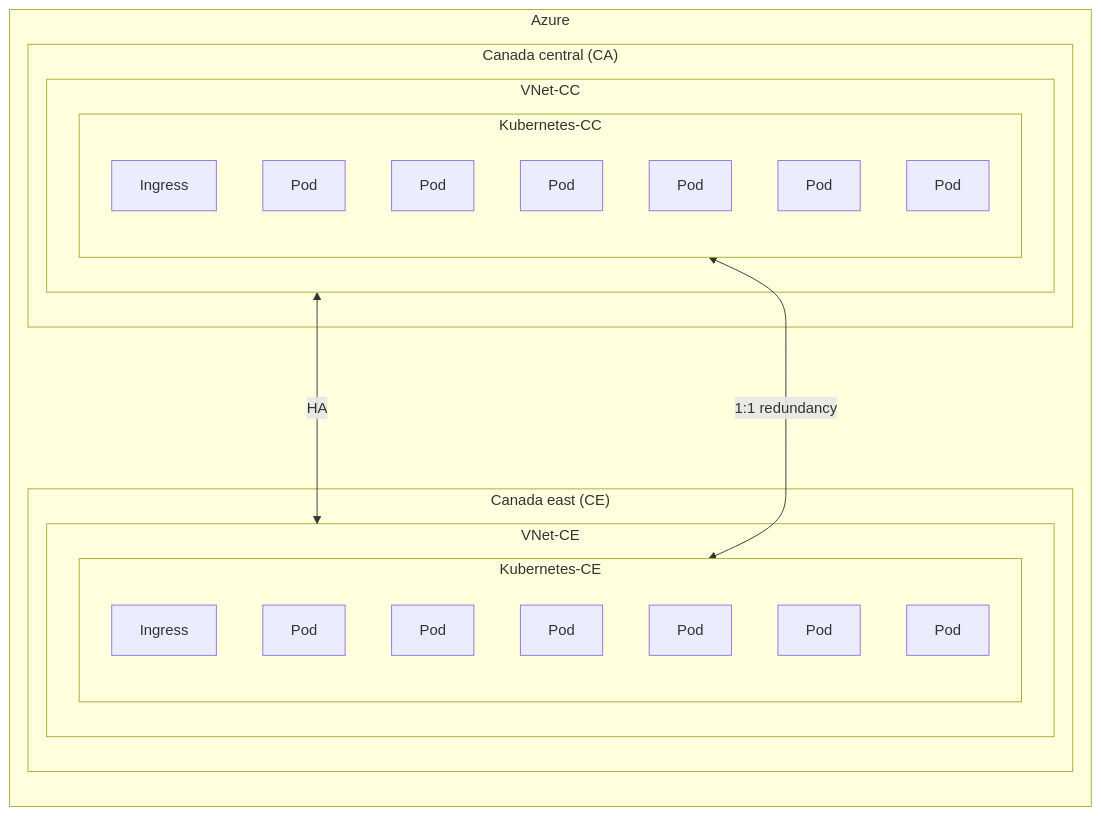
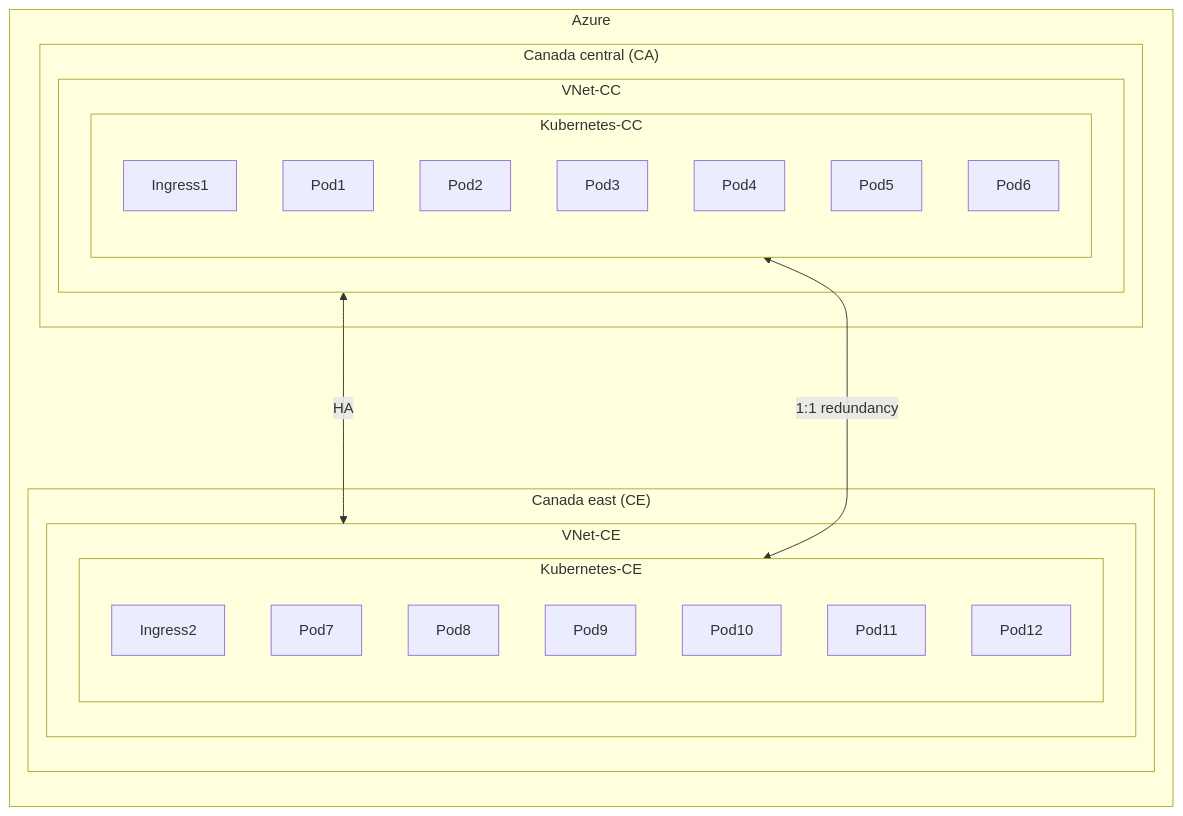
The first of 2 diagrams in docs/global_overview.md (ai-cfia/howard), drawn with Mermaid before and after one commit.

Commit message:
issue #25: fixed first mermaid diagram for global overview (missing id)

````diff
--- a/docs/global_overview.md
+++ b/docs/global_overview.md
@@ -70,39 +70,53 @@
 ```mermaid
 flowchart
     subgraph Azure["Azure"]
         direction TB
         subgraph CC["Canada central (CA)"]
             subgraph VNet1["VNet-CC"]
                 subgraph Kubernetes1["Kubernetes-CC"]
                     direction TB
                     Ingress1["Ingress"]
                     Pod1["Pod"]
                     Pod2["Pod"]
                     Pod3["Pod"]
                     Pod4["Pod"]
                     Pod5["Pod"]
                     Pod6["Pod"]
                 end
             end
         end
 
         subgraph CE["Canada east (CE)"]
             subgraph VNet2["VNet-CE"]
                 subgraph Kubernetes2["Kubernetes-CE"]
                     direction TB
                     Ingress2["Ingress"]
                     Pod7["Pod"]
                     Pod8["Pod"]
                     Pod9["Pod"]
                     Pod10["Pod"]
                     Pod11["Pod"]
                     Pod12["Pod"]
                 end
             end
         end
 
         VNet1["VNet-CC"] <--->|HA| VNet2["VNet-CE"]
         Kubernetes1["Kubernetes-CC"] <--->|1:1 redundancy| Kubernetes2["Kubernetes-CE"]
 
+        Ingress1["Ingress1"]
+        Ingress2["Ingress2"]
+        Pod1["Pod1"]
+        Pod2["Pod2"]
+        Pod3["Pod3"]
+        Pod4["Pod4"]
+        Pod5["Pod5"]
+        Pod6["Pod6"]
+        Pod7["Pod7"]
+        Pod8["Pod8"]
+        Pod9["Pod9"]
+        Pod10["Pod10"]
+        Pod11["Pod11"]
+        Pod12["Pod12"]
     end
 ```
````
